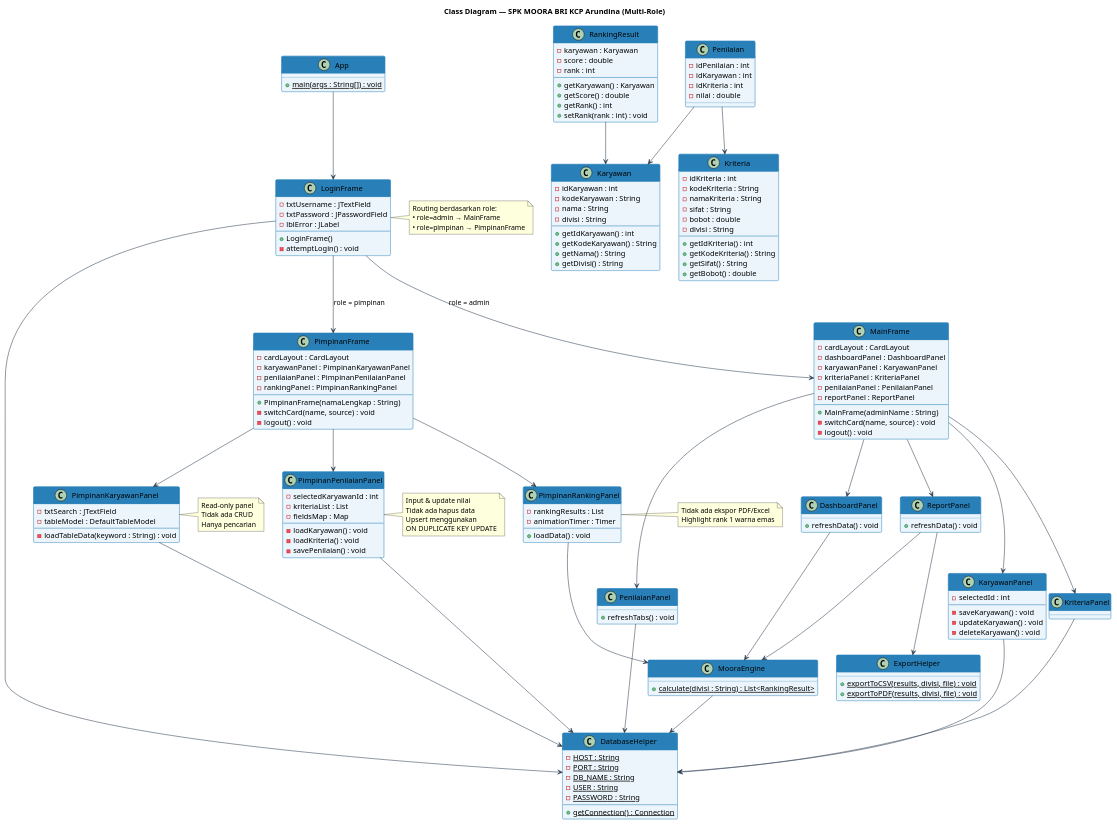
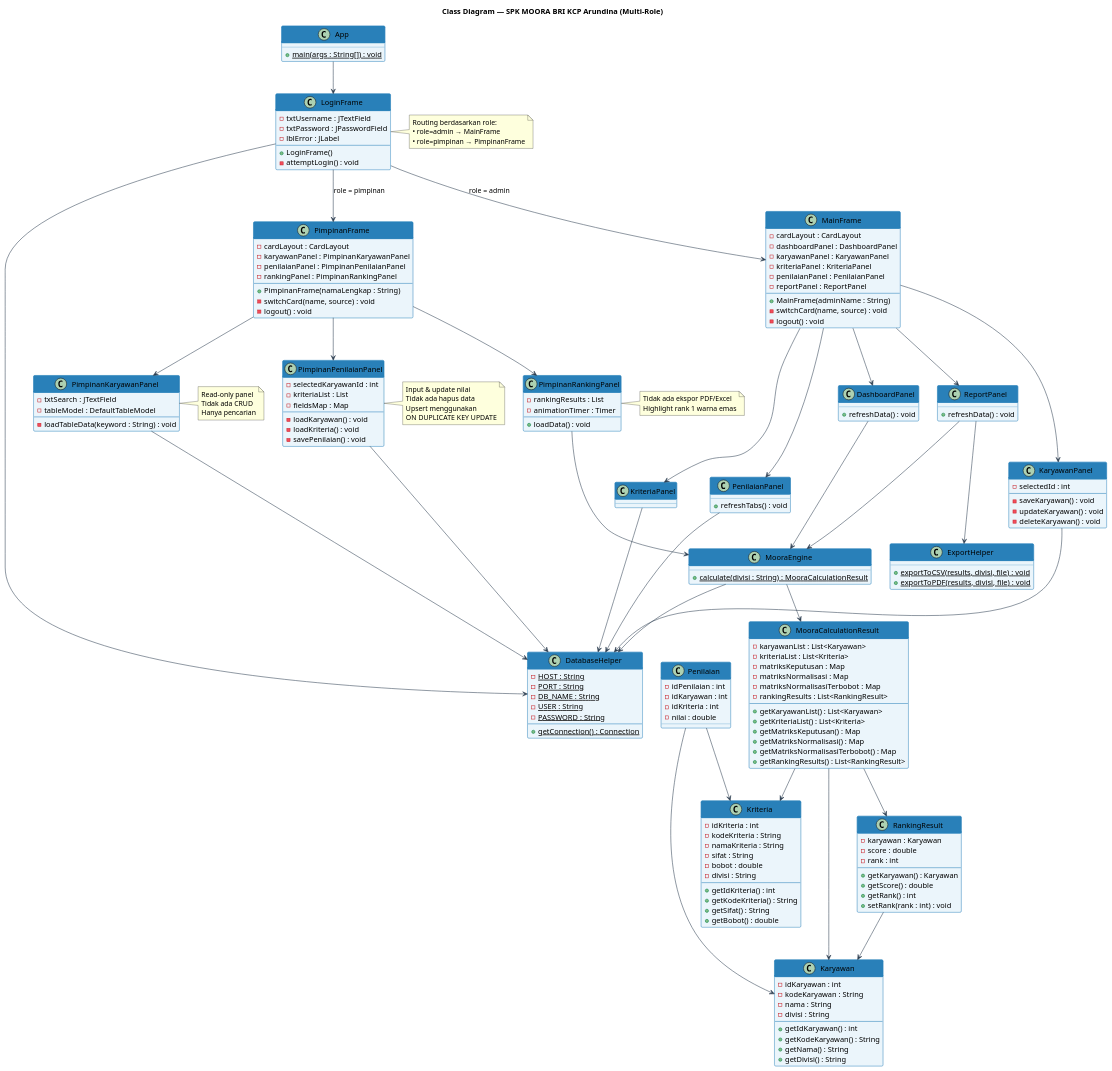
One commit to caidenrev/spk-bri-2.0 changed the ninth of 14 diagrams in BAB4_DIAGRAM.md. Above: the diagram before and after it, drawn with PlantUML. The commit also changed other lines of this file and 8 other files, not shown here.

````diff
--- a/BAB4_DIAGRAM.md
+++ b/BAB4_DIAGRAM.md
@@ -538,7 +529,23 @@
 }
 
 class MooraEngine {
-  {static} + calculate(divisi : String) : List<RankingResult>
+  {static} + calculate(divisi : String) : MooraCalculationResult
+}
+
+class MooraCalculationResult {
+  - karyawanList : List<Karyawan>
+  - kriteriaList : List<Kriteria>
+  - matriksKeputusan : Map
+  - matriksNormalisasi : Map
+  - matriksNormalisasiTerbobot : Map
+  - rankingResults : List<RankingResult>
+  --
+  + getKaryawanList() : List<Karyawan>
+  + getKriteriaList() : List<Kriteria>
+  + getMatriksKeputusan() : Map
+  + getMatriksNormalisasi() : Map
+  + getMatriksNormalisasiTerbobot() : Map
+  + getRankingResults() : List<RankingResult>
 }
 
 class ExportHelper {
@@ -684,5 +691,10 @@
 Penilaian --> Karyawan
 Penilaian --> Kriteria
 
+MooraEngine --> MooraCalculationResult
+MooraCalculationResult --> Karyawan
+MooraCalculationResult --> Kriteria
+MooraCalculationResult --> RankingResult
+
 @enduml
 ```
````
